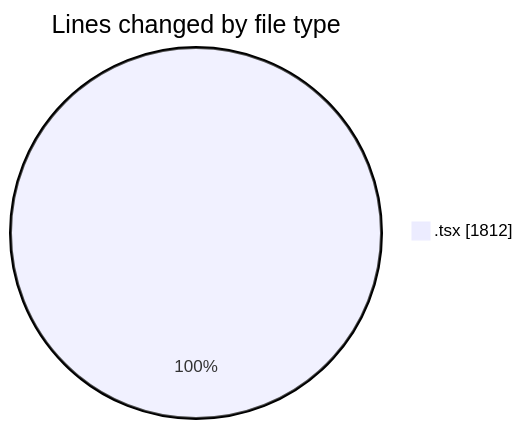
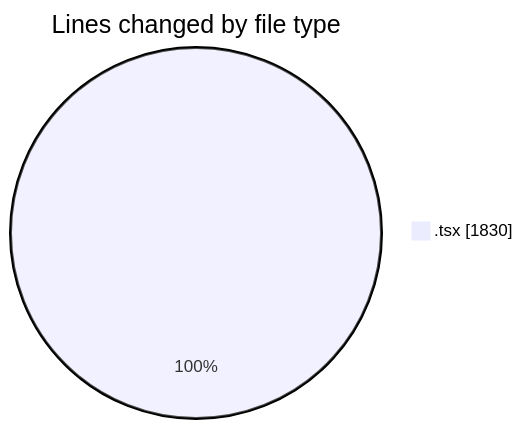
The first of 2 diagrams in 2026-08-06/cda/README.md (momahboobian/code-tracking), drawn with Mermaid before and after one commit. The commit also changed other lines of this file and 1 other file, not shown here.

````diff
--- a/2026-08-06/cda/README.md
+++ b/2026-08-06/cda/README.md
@@ -26,5 +26,5 @@
 ```mermaid
 pie showData
 title Lines changed by file type
-".tsx" : 1812
+".tsx" : 1830
 ```
````
